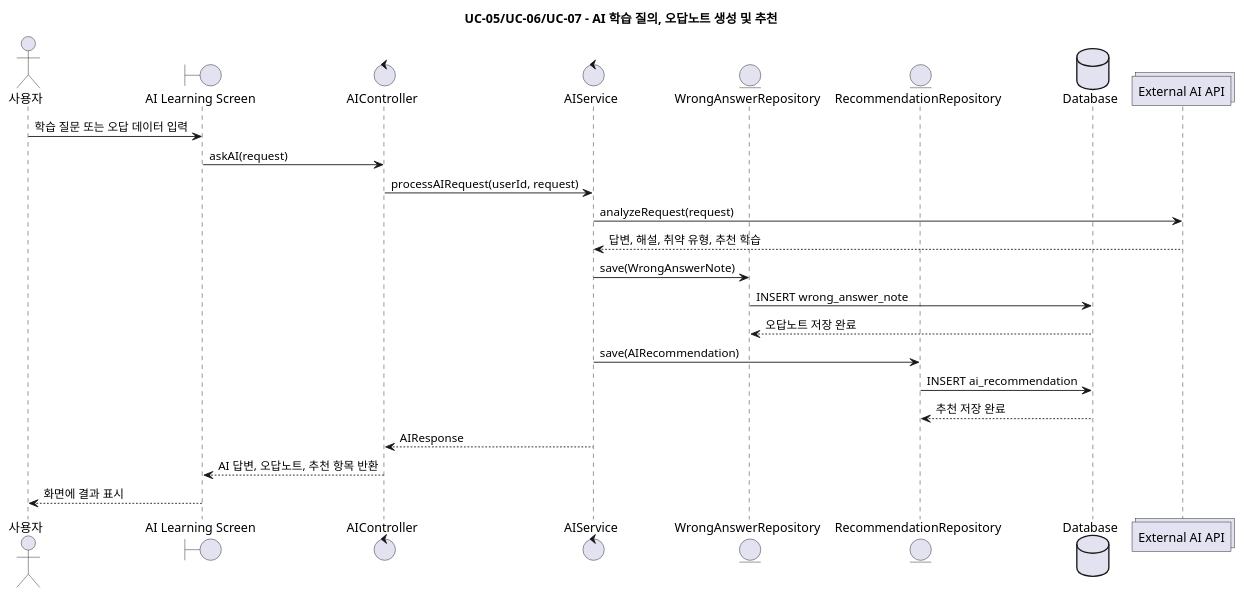
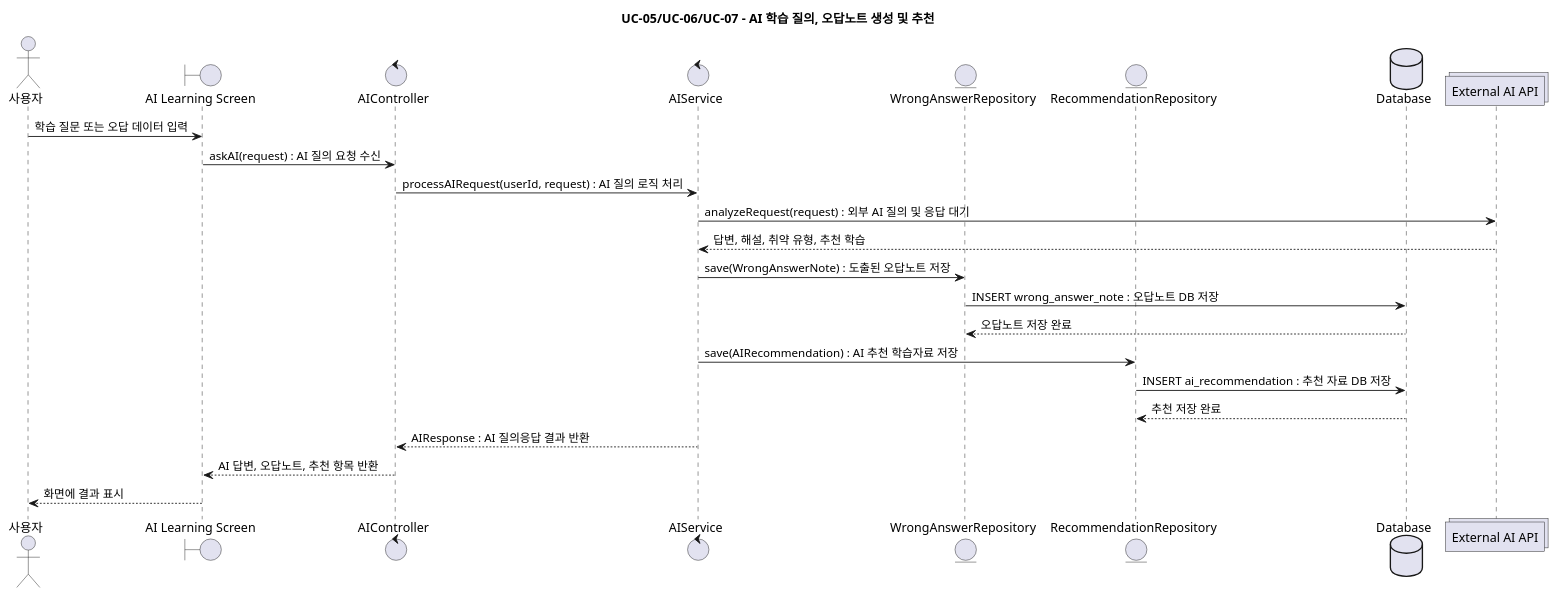
The fourth of 15 diagrams in docs/design/plantuml/sequence-diagrams.puml (jeongiryang/SoftwareEngineering_team15_project_-Smart-Edu-Platform), drawn with PlantUML before and after one commit. The commit also changed other lines of this file and 18 other files, not shown here.

```diff
--- a/docs/design/plantuml/sequence-diagrams.puml
+++ b/docs/design/plantuml/sequence-diagrams.puml
@@ -147,27 +147,27 @@
 @startuml UC05-07_AILearning
 title UC-05/UC-06/UC-07 - AI 학습 질의, 오답노트 생성 및 추천
 
 actor "사용자" as User
 boundary "AI Learning Screen" as UI
 control "AIController" as AIController
 control "AIService" as AIService
 entity "WrongAnswerRepository" as WrongAnswerRepository
 entity "RecommendationRepository" as RecommendationRepository
 database "Database" as DB
 collections "External AI API" as ExternalAI
 
 User -> UI: 학습 질문 또는 오답 데이터 입력
-UI -> AIController: askAI(request)
-AIController -> AIService: processAIRequest(userId, request)
-AIService -> ExternalAI: analyzeRequest(request)
+UI -> AIController: askAI(request) : AI 질의 요청 수신
+AIController -> AIService: processAIRequest(userId, request) : AI 질의 로직 처리
+AIService -> ExternalAI: analyzeRequest(request) : 외부 AI 질의 및 응답 대기
 ExternalAI --> AIService: 답변, 해설, 취약 유형, 추천 학습
-AIService -> WrongAnswerRepository: save(WrongAnswerNote)
-WrongAnswerRepository -> DB: INSERT wrong_answer_note
+AIService -> WrongAnswerRepository: save(WrongAnswerNote) : 도출된 오답노트 저장
+WrongAnswerRepository -> DB: INSERT wrong_answer_note : 오답노트 DB 저장
 DB --> WrongAnswerRepository: 오답노트 저장 완료
-AIService -> RecommendationRepository: save(AIRecommendation)
-RecommendationRepository -> DB: INSERT ai_recommendation
+AIService -> RecommendationRepository: save(AIRecommendation) : AI 추천 학습자료 저장
+RecommendationRepository -> DB: INSERT ai_recommendation : 추천 자료 DB 저장
 DB --> RecommendationRepository: 추천 저장 완료
-AIService --> AIController: AIResponse
+AIService --> AIController: AIResponse : AI 질의응답 결과 반환
 AIController --> UI: AI 답변, 오답노트, 추천 항목 반환
 UI --> User: 화면에 결과 표시
 @enduml
```
